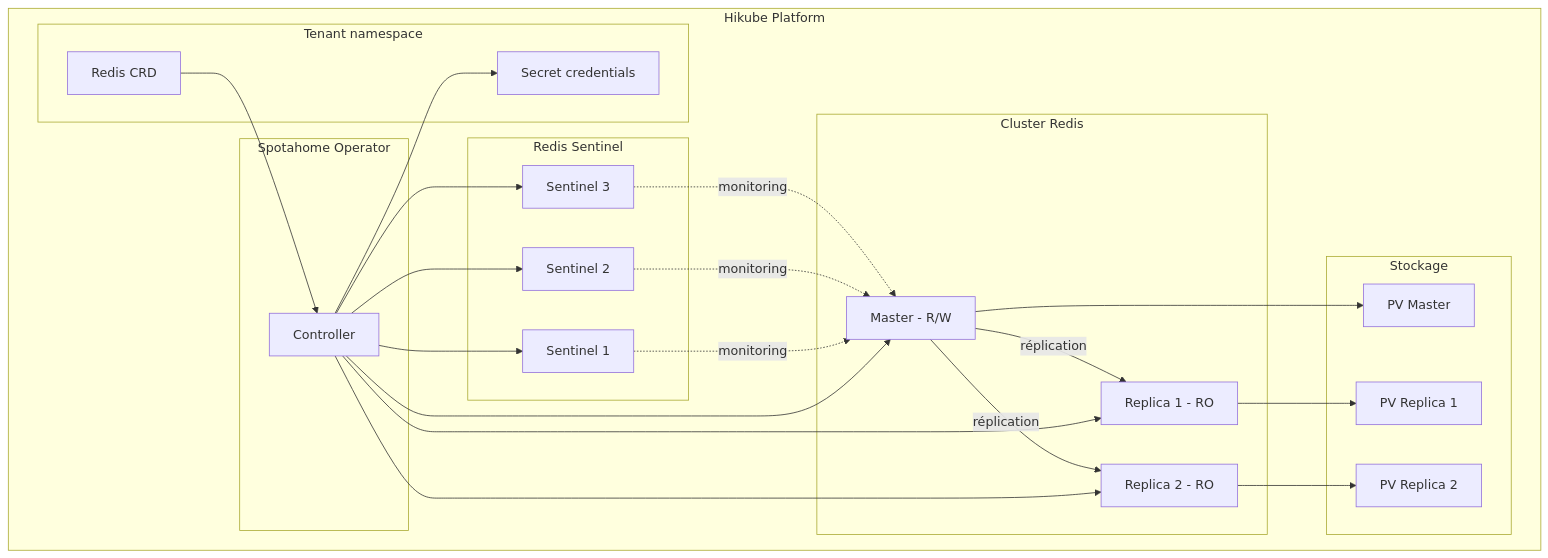
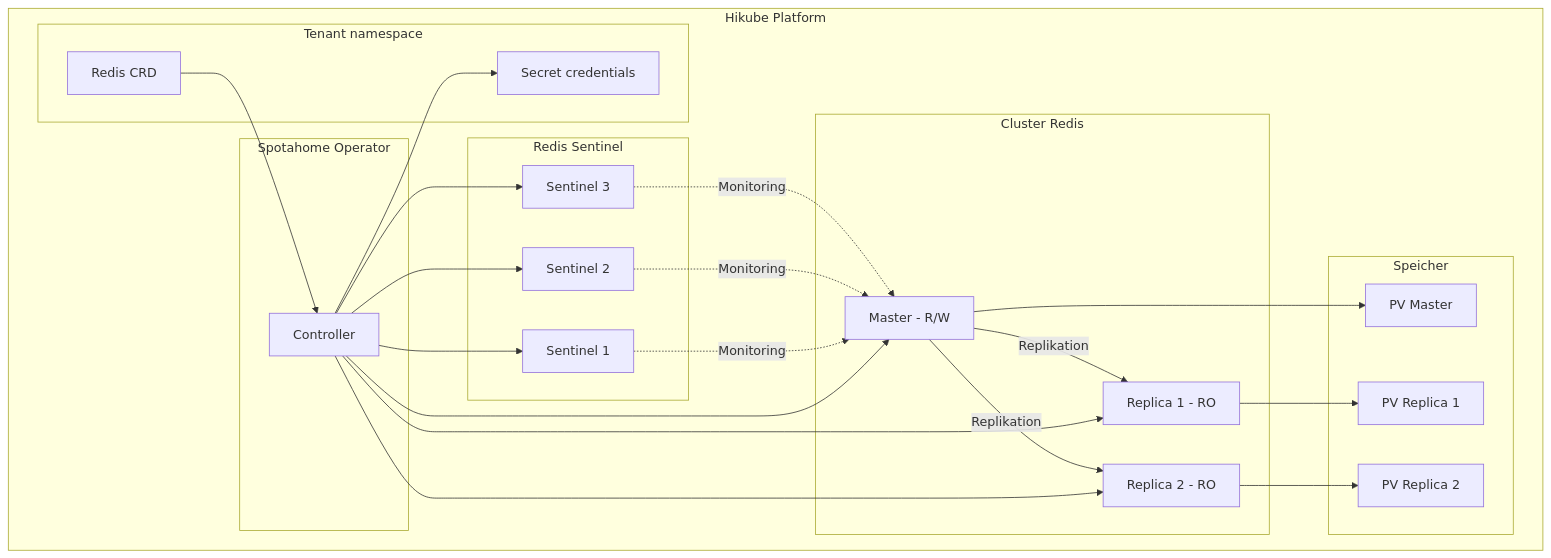
One commit to HidoraSwiss/hikube-public-doc changed the first of 2 diagrams in i18n/de/docusaurus-plugin-content-docs/current/services/databases/redis/concepts.md. Above: the diagram before and after it, drawn with Mermaid. The commit also changed other lines of this file and 121 other files, not shown here.

````diff
--- a/i18n/de/docusaurus-plugin-content-docs/current/services/databases/redis/concepts.md
+++ b/i18n/de/docusaurus-plugin-content-docs/current/services/databases/redis/concepts.md
@@ -12,48 +12,48 @@
 ```mermaid
 graph TB
     subgraph "Hikube Platform"
         subgraph "Tenant namespace"
             CR[Redis CRD]
             SEC[Secret credentials]
         end
 
         subgraph "Spotahome Operator"
             OP[Controller]
         end
 
         subgraph "Cluster Redis"
             M[Master - R/W]
             R1[Replica 1 - RO]
             R2[Replica 2 - RO]
         end
 
         subgraph "Redis Sentinel"
             S1[Sentinel 1]
             S2[Sentinel 2]
             S3[Sentinel 3]
         end
 
-        subgraph "Stockage"
+        subgraph "Speicher"
             PV1[PV Master]
             PV2[PV Replica 1]
             PV3[PV Replica 2]
         end
     end
 
     CR --> OP
     OP --> M
     OP --> R1
     OP --> R2
     OP --> S1
     OP --> S2
     OP --> S3
-    M -->|réplication| R1
-    M -->|réplication| R2
-    S1 -.->|monitoring| M
-    S2 -.->|monitoring| M
-    S3 -.->|monitoring| M
+    M -->|Replikation| R1
+    M -->|Replikation| R2
+    S1 -.->|Monitoring| M
+    S2 -.->|Monitoring| M
+    S3 -.->|Monitoring| M
     M --> PV1
     R1 --> PV2
     R2 --> PV3
     OP --> SEC
 ```
````
